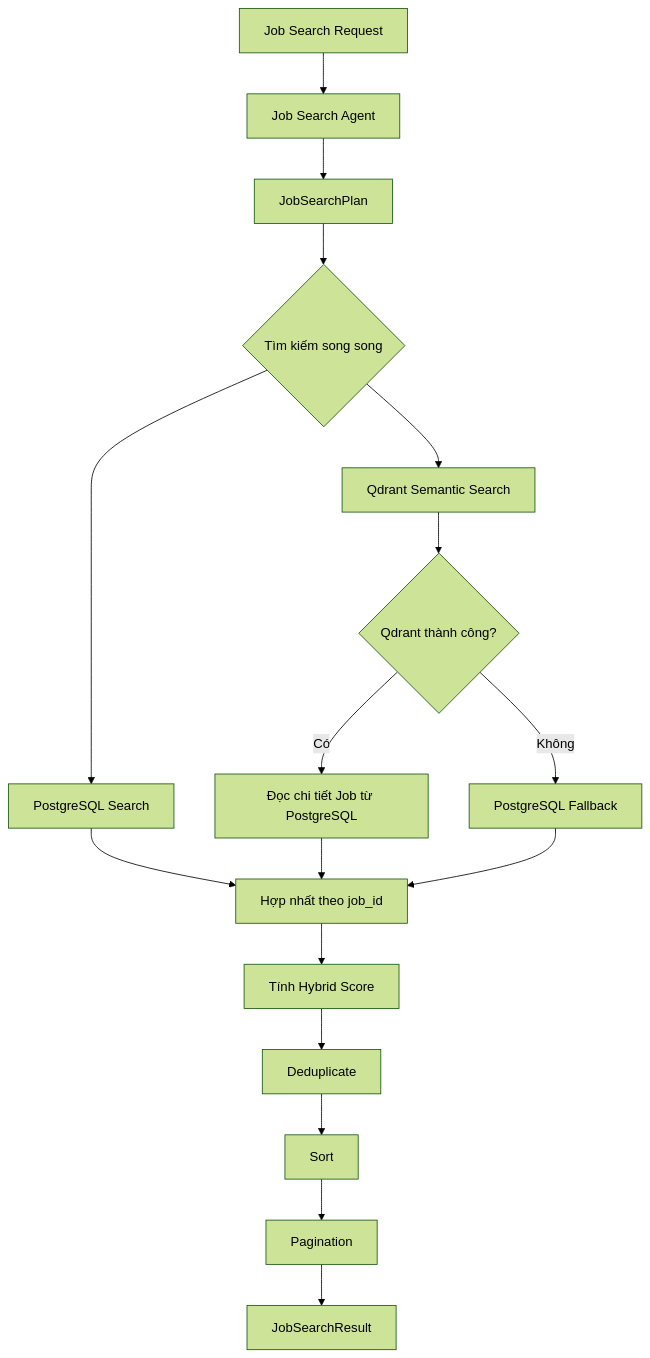
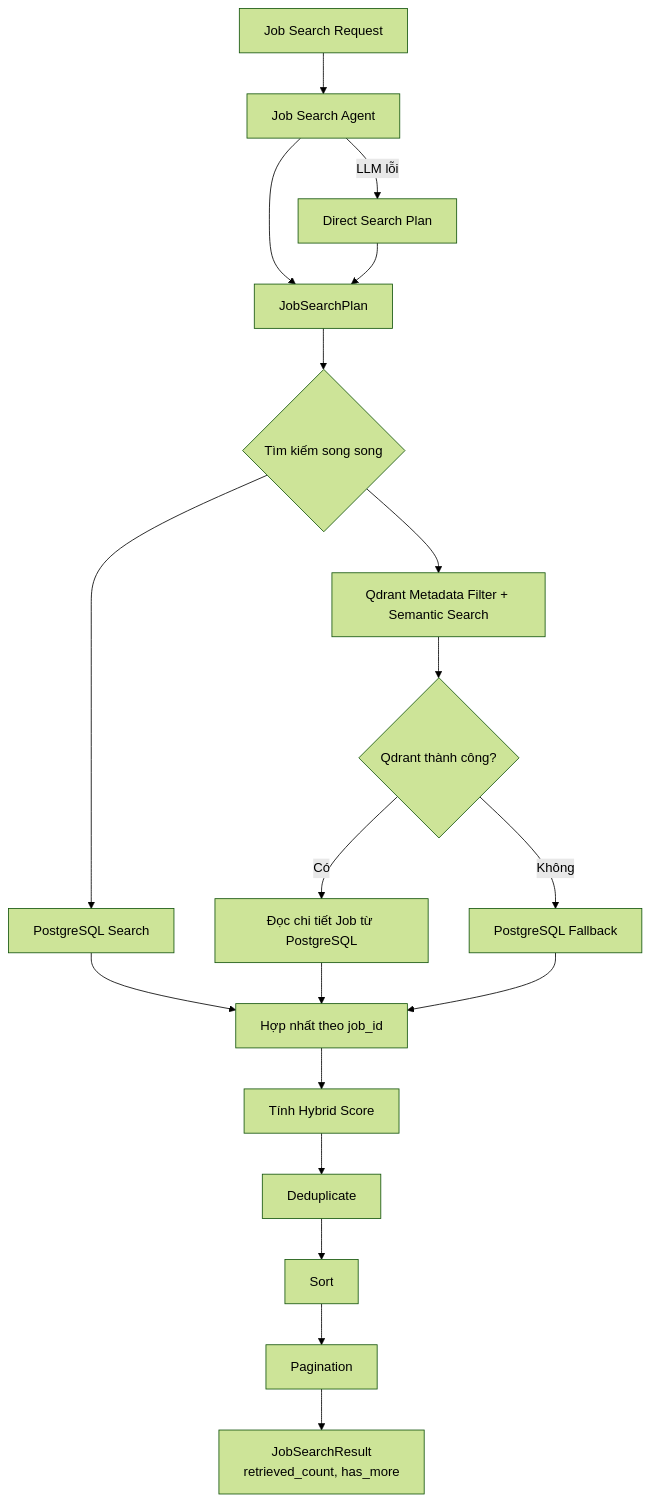
One commit to coderiukl/multi-agent-job-assistant changed the fifth of 7 diagrams in docs/architecture-as-is.md. Above: the diagram before and after it, drawn with Mermaid (forest theme). The commit also changed other lines of this file and 14 other files, not shown here.

Commit message:
feat(job-search): add filtered hybrid retrieval and analyzer fallback

````diff
--- a/docs/architecture-as-is.md
+++ b/docs/architecture-as-is.md
@@ -313,23 +313,25 @@
 ```mermaid
 flowchart TD
     QUERY["Job Search Request"] --> AGENT["Job Search Agent"]
     AGENT --> PLAN["JobSearchPlan"]
+    AGENT -- "LLM lỗi" --> DIRECT["Direct Search Plan"]
+    DIRECT --> PLAN
 
     PLAN --> PARALLEL{"Tìm kiếm song song"}
     PARALLEL --> SQL["PostgreSQL Search"]
-    PARALLEL --> VECTOR["Qdrant Semantic Search"]
+    PARALLEL --> VECTOR["Qdrant Metadata Filter + Semantic Search"]
 
     VECTOR --> AVAILABLE{"Qdrant thành công?"}
     AVAILABLE -- "Không" --> FALLBACK["PostgreSQL Fallback"]
     AVAILABLE -- "Có" --> LOAD["Đọc chi tiết Job từ PostgreSQL"]
 
     SQL --> MERGE["Hợp nhất theo job_id"]
     LOAD --> MERGE
     FALLBACK --> MERGE
 
     MERGE --> SCORE["Tính Hybrid Score"]
     SCORE --> DEDUP["Deduplicate"]
     DEDUP --> SORT["Sort"]
     SORT --> PAGE["Pagination"]
-    PAGE --> RESULT["JobSearchResult"]
+    PAGE --> RESULT["JobSearchResult<br/>retrieved_count, has_more"]
 ```
````
